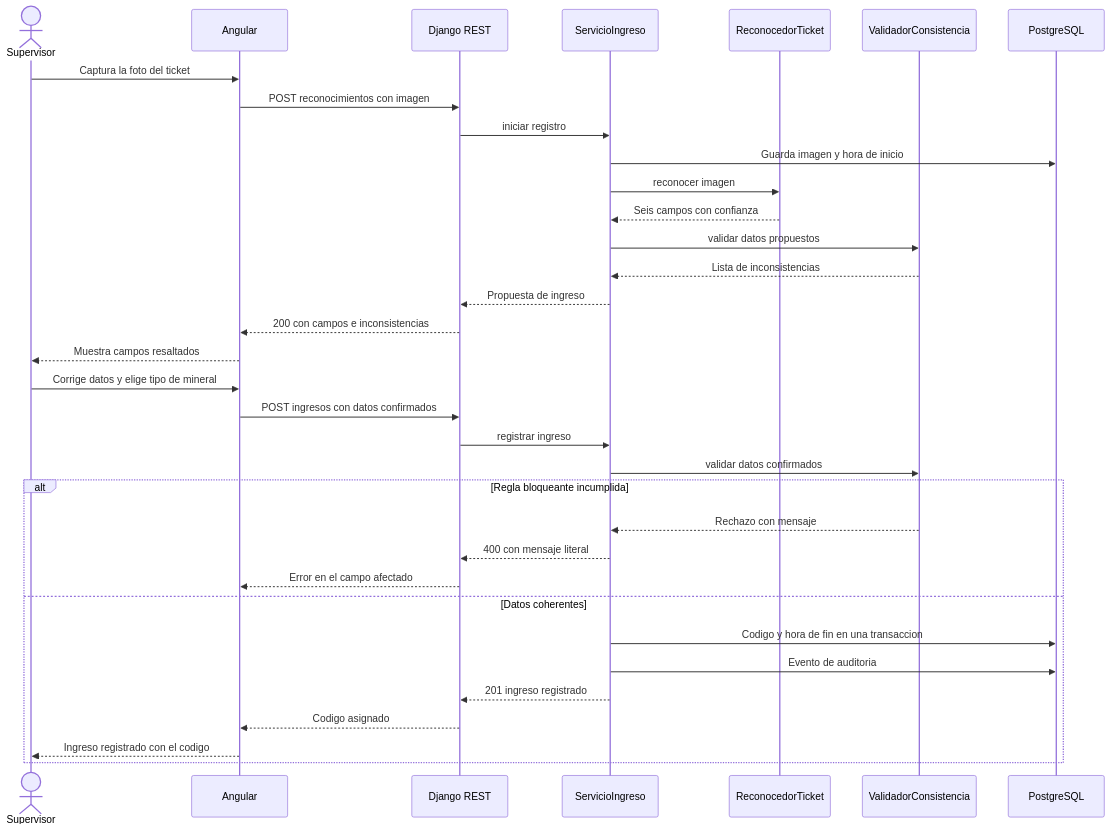
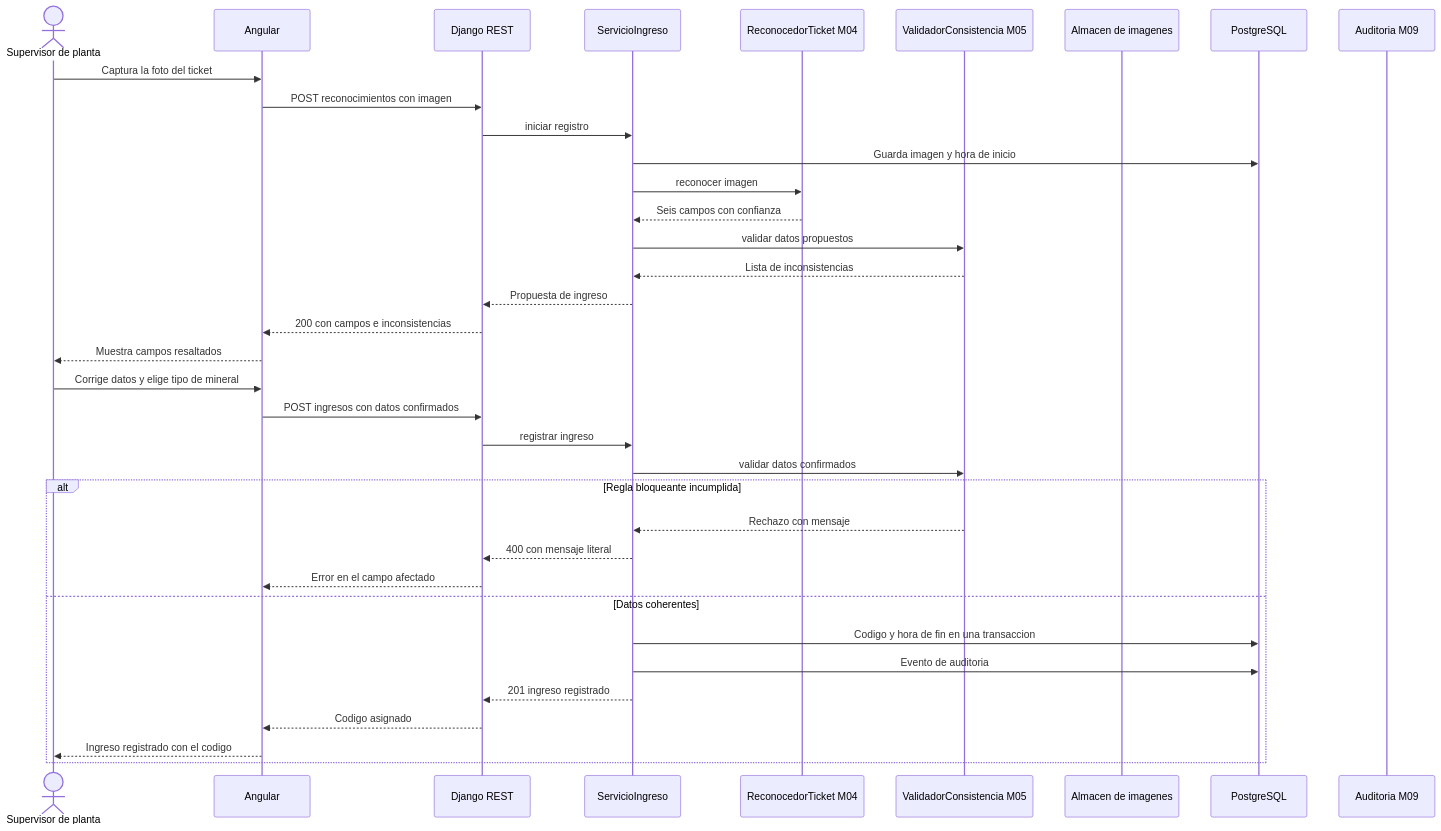
Before and after one commit to adlerOmonte1/LogisticaMinera: the second of 3 diagrams in docs/PLAN_TRABAJO.md, drawn with Mermaid. The commit also changed other lines of this file and 1 other file, not shown here.

````diff
--- a/docs/PLAN_TRABAJO.md
+++ b/docs/PLAN_TRABAJO.md
@@ -736,37 +786,39 @@
 ```mermaid
 sequenceDiagram
-    actor S as Supervisor
+    actor S as Supervisor de planta
     participant NG as Angular
     participant API as Django REST
     participant SRV as ServicioIngreso
-    participant REC as ReconocedorTicket
-    participant VAL as ValidadorConsistencia
+    participant REC as ReconocedorTicket M04
+    participant VAL as ValidadorConsistencia M05
+    participant IMG as Almacen de imagenes
     participant DB as PostgreSQL
+    participant AUD as Auditoria M09
 
     S->>NG: Captura la foto del ticket
     NG->>API: POST reconocimientos con imagen
     API->>SRV: iniciar registro
     SRV->>DB: Guarda imagen y hora de inicio
     SRV->>REC: reconocer imagen
     REC-->>SRV: Seis campos con confianza
     SRV->>VAL: validar datos propuestos
     VAL-->>SRV: Lista de inconsistencias
     SRV-->>API: Propuesta de ingreso
     API-->>NG: 200 con campos e inconsistencias
     NG-->>S: Muestra campos resaltados
     S->>NG: Corrige datos y elige tipo de mineral
     NG->>API: POST ingresos con datos confirmados
     API->>SRV: registrar ingreso
     SRV->>VAL: validar datos confirmados
     alt Regla bloqueante incumplida
         VAL-->>SRV: Rechazo con mensaje
         SRV-->>API: 400 con mensaje literal
         API-->>NG: Error en el campo afectado
     else Datos coherentes
         SRV->>DB: Codigo y hora de fin en una transaccion
         SRV->>DB: Evento de auditoria
         SRV-->>API: 201 ingreso registrado
         API-->>NG: Codigo asignado
         NG-->>S: Ingreso registrado con el codigo
     end
 ```
````
